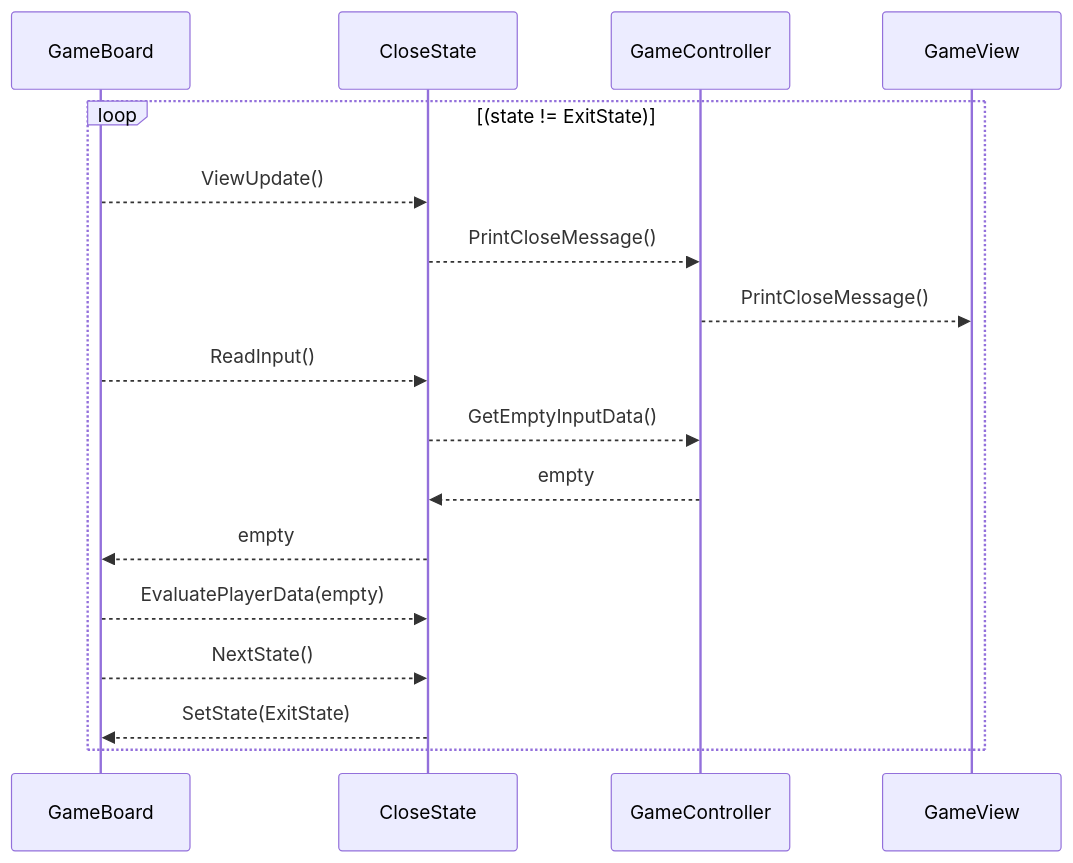
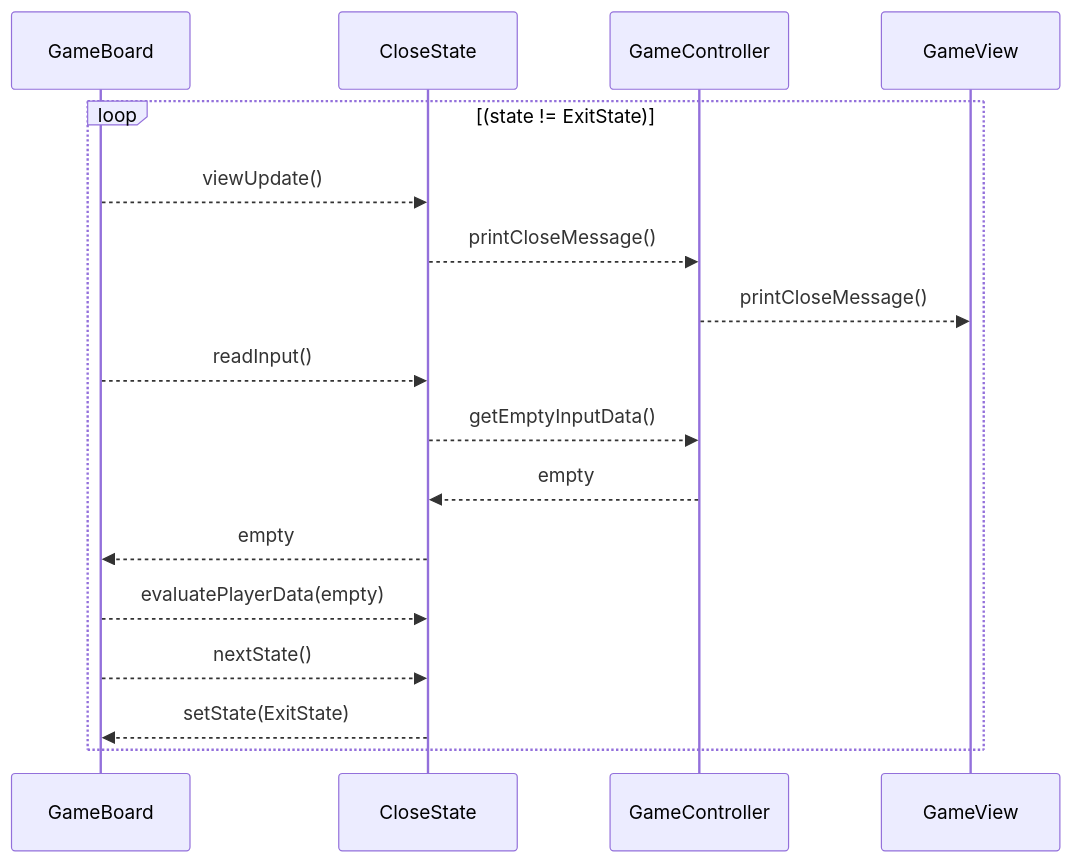
The seventh of 7 diagrams in docs/sequence_diagram.md (digiry/java-baseball-precourse), drawn with Mermaid before and after one commit. The commit also changed other lines of this file and 1 other file, not shown here.

````diff
--- a/docs/sequence_diagram.md
+++ b/docs/sequence_diagram.md
@@ -241,23 +241,23 @@
 ```mermaid
 sequenceDiagram
     participant GameBoard
     participant CloseState
     participant GameController
     participant GameView
 
     loop (state != ExitState)
-        GameBoard -->> CloseState: ViewUpdate()
-        CloseState -->> GameController: PrintCloseMessage()
-        GameController -->> GameView: PrintCloseMessage()
+        GameBoard -->> CloseState: viewUpdate()
+        CloseState -->> GameController: printCloseMessage()
+        GameController -->> GameView: printCloseMessage()
 
-        GameBoard -->> CloseState: ReadInput()
-        CloseState -->> GameController: GetEmptyInputData()
+        GameBoard -->> CloseState: readInput()
+        CloseState -->> GameController: getEmptyInputData()
         GameController -->> CloseState: empty
         CloseState -->> GameBoard: empty
 
-        GameBoard -->> CloseState: EvaluatePlayerData(empty)
+        GameBoard -->> CloseState: evaluatePlayerData(empty)
 
-        GameBoard -->> CloseState: NextState()
-        CloseState -->> GameBoard: SetState(ExitState)
+        GameBoard -->> CloseState: nextState()
+        CloseState -->> GameBoard: setState(ExitState)
     end
 ```
````
